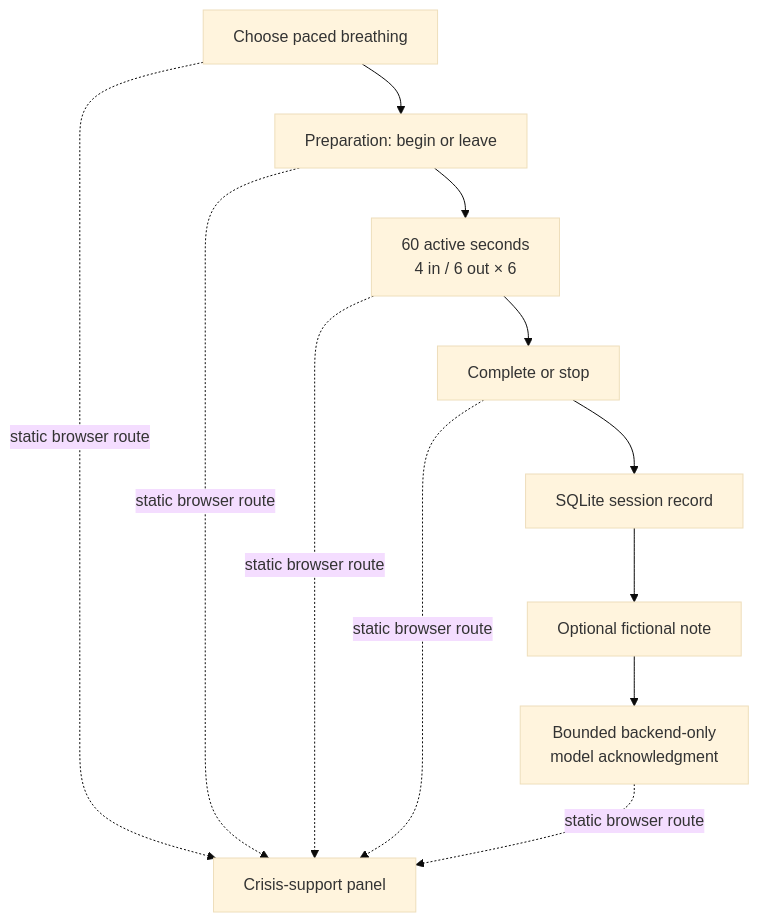
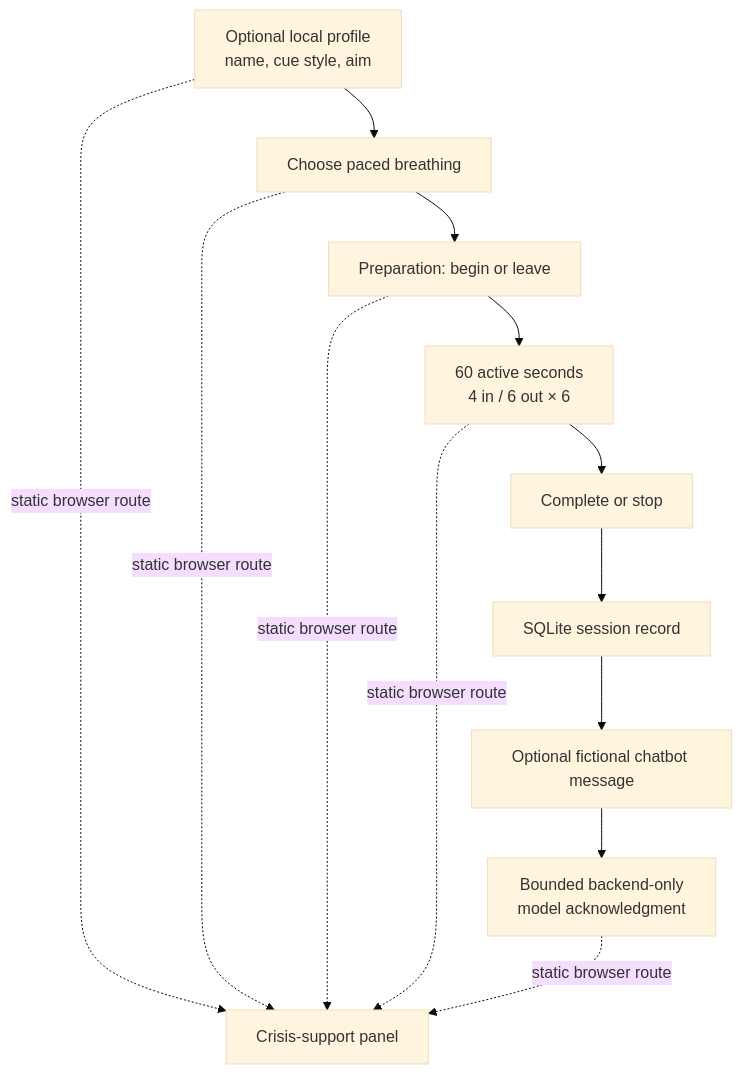
Before and after one commit to bkaping/expedia-lite: the diagram in docs/design.md, drawn with Mermaid (base theme). The commit also changed other lines of this file and 13 other files, not shown here.

Commit message:
feat: add optional profile and bounded chatbot

````diff
--- a/docs/design.md
+++ b/docs/design.md
@@ -7,14 +7,15 @@
 ```mermaid
 flowchart TD
-  A[Choose paced breathing] --> B[Preparation: begin or leave]
-  B --> C[60 active seconds\n4 in / 6 out × 6]
-  C --> D[Complete or stop]
-  D --> E[SQLite session record]
-  E --> F[Optional fictional note]
-  F --> G[Bounded backend-only\nmodel acknowledgment]
+  A[Optional local profile\nname, cue style, aim] --> B[Choose paced breathing]
+  B --> C[Preparation: begin or leave]
+  C --> D[60 active seconds\n4 in / 6 out × 6]
+  D --> E[Complete or stop]
+  E --> F[SQLite session record]
+  F --> G[Optional fictional chatbot message]
+  G --> I[Bounded backend-only\nmodel acknowledgment]
   A -. static browser route .-> H[Crisis-support panel]
   B -. static browser route .-> H
   C -. static browser route .-> H
   D -. static browser route .-> H
-  G -. static browser route .-> H
+  I -. static browser route .-> H
 ```
````
